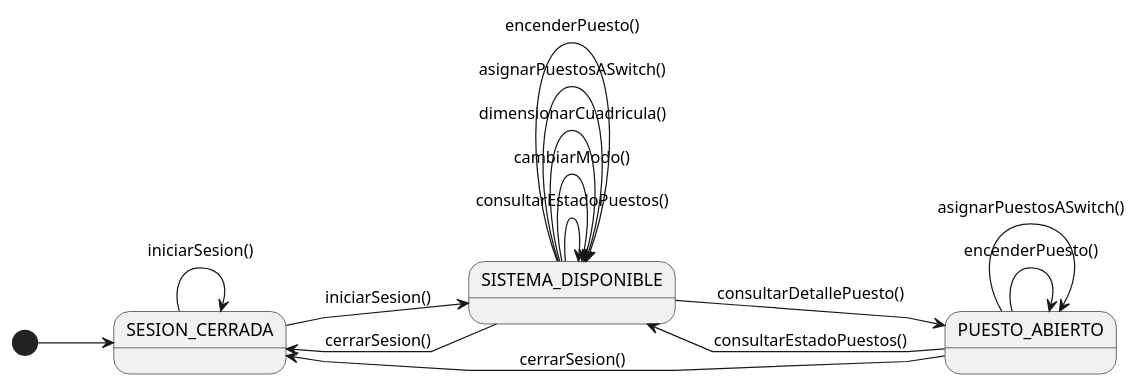
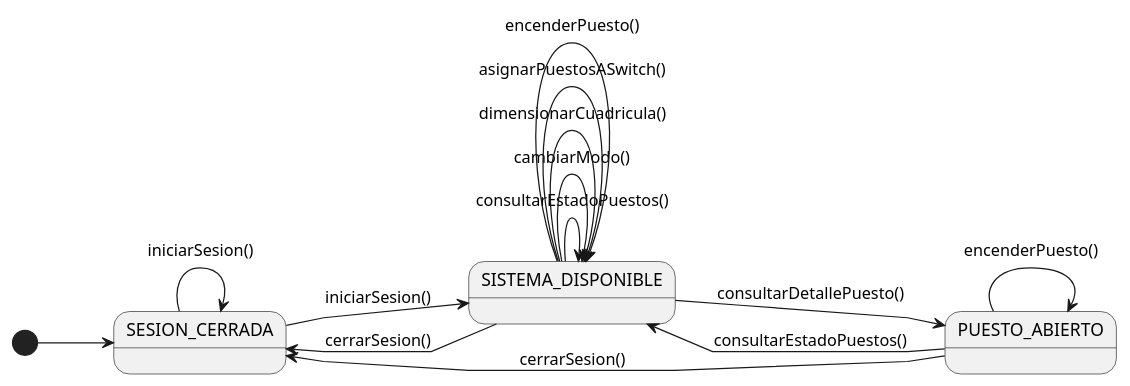
The diagram in RUP/01-requisitos/00-actores-casos-uso/diagrama-de-contexto.puml (Carlos-Lima2510/mesh-panel), drawn with PlantUML before and after one commit. The commit also changed 15 other files, not shown here.

```diff
--- a/RUP/01-requisitos/00-actores-casos-uso/diagrama-de-contexto.puml
+++ b/RUP/01-requisitos/00-actores-casos-uso/diagrama-de-contexto.puml
@@ -1,29 +1,28 @@
 @startuml diagramaContextoAdmin
 
 left to right direction
 skinparam linetype polyline
 
 state SESION_CERRADA
 state SISTEMA_DISPONIBLE
 state PUESTO_ABIERTO
 
 [*] --> SESION_CERRADA
 
 SESION_CERRADA --> SISTEMA_DISPONIBLE : iniciarSesion()
 SESION_CERRADA --> SESION_CERRADA : iniciarSesion()
 SISTEMA_DISPONIBLE --> SESION_CERRADA : cerrarSesion()
 
 SISTEMA_DISPONIBLE --> SISTEMA_DISPONIBLE : consultarEstadoPuestos()
 SISTEMA_DISPONIBLE --> SISTEMA_DISPONIBLE : cambiarModo()
 SISTEMA_DISPONIBLE --> SISTEMA_DISPONIBLE : dimensionarCuadricula()
 SISTEMA_DISPONIBLE --> SISTEMA_DISPONIBLE : asignarPuestosASwitch()
 SISTEMA_DISPONIBLE --> SISTEMA_DISPONIBLE : encenderPuesto()
 
 SISTEMA_DISPONIBLE --> PUESTO_ABIERTO : consultarDetallePuesto()
 
 PUESTO_ABIERTO --> SISTEMA_DISPONIBLE : consultarEstadoPuestos()
 PUESTO_ABIERTO --> PUESTO_ABIERTO : encenderPuesto()
-PUESTO_ABIERTO --> PUESTO_ABIERTO : asignarPuestosASwitch()
 PUESTO_ABIERTO --> SESION_CERRADA : cerrarSesion()
 
 @enduml
```
